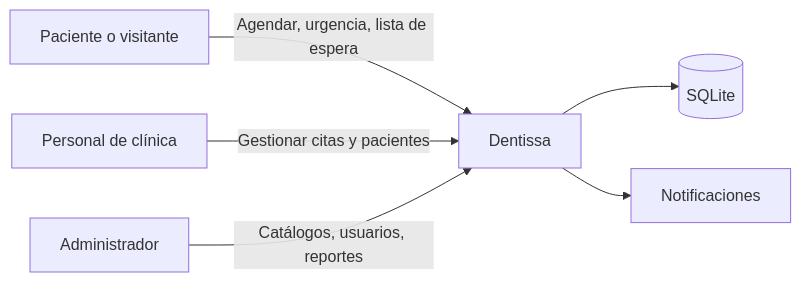
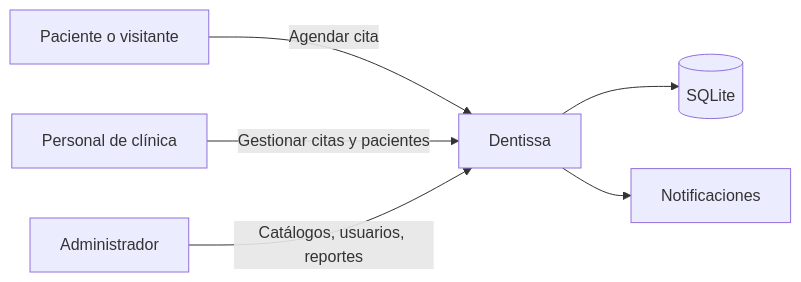
The first of 4 diagrams in docs/DIAGRAMAS-FLUJOS.md (QuetzalTwT119/dentissa), drawn with Mermaid before and after one commit. The commit also changed other lines of this file and 75 other files, not shown here.

````diff
--- a/docs/DIAGRAMAS-FLUJOS.md
+++ b/docs/DIAGRAMAS-FLUJOS.md
@@ -8,15 +8,15 @@
 ```mermaid
 flowchart LR
     Paciente[Paciente o visitante]
     Personal[Personal de clínica]
     Admin[Administrador]
     Sistema[Dentissa]
     Datos[(SQLite)]
     Notif[Notificaciones]
 
-    Paciente -->|Agendar, urgencia, lista de espera| Sistema
+    Paciente -->|Agendar cita| Sistema
     Personal -->|Gestionar citas y pacientes| Sistema
     Admin -->|Catálogos, usuarios, reportes| Sistema
     Sistema --> Datos
     Sistema --> Notif
 ```
````
